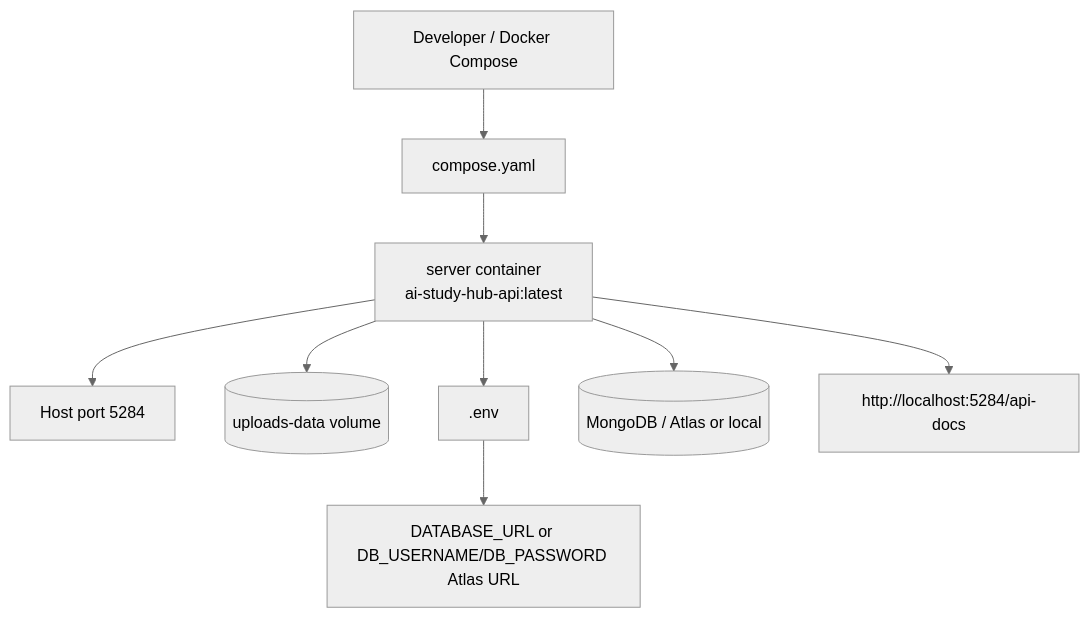
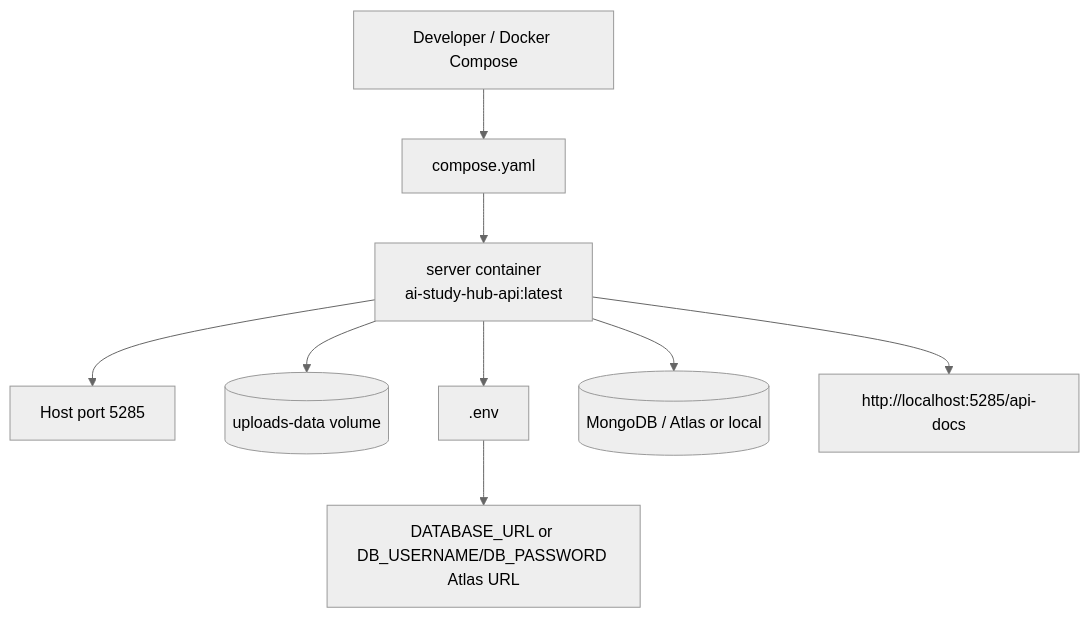
The sixth of 6 diagrams in docs/SystemArchitecture.md (Hiamoutgame/AI-Study-Hub), drawn with Mermaid (neutral theme) before and after one commit. The commit also changed other lines of this file and 7 other files, not shown here.

````diff
--- a/docs/SystemArchitecture.md
+++ b/docs/SystemArchitecture.md
@@ -309,11 +309,11 @@
 ```mermaid
 flowchart TB
   Dev[Developer / Docker Compose] --> Compose[compose.yaml]
   Compose --> Server[server container\nai-study-hub-api:latest]
-  Server --> Port[Host port 5284]
+  Server --> Port[Host port 5285]
   Server --> Volume[(uploads-data volume)]
   Server --> Env[.env]
   Env --> MongoURL[DATABASE_URL or DB_USERNAME/DB_PASSWORD Atlas URL]
   Server --> Mongo[(MongoDB / Atlas or local)]
-  Server --> Swagger[http://localhost:5284/api-docs]
+  Server --> Swagger[http://localhost:5285/api-docs]
 ```
````
